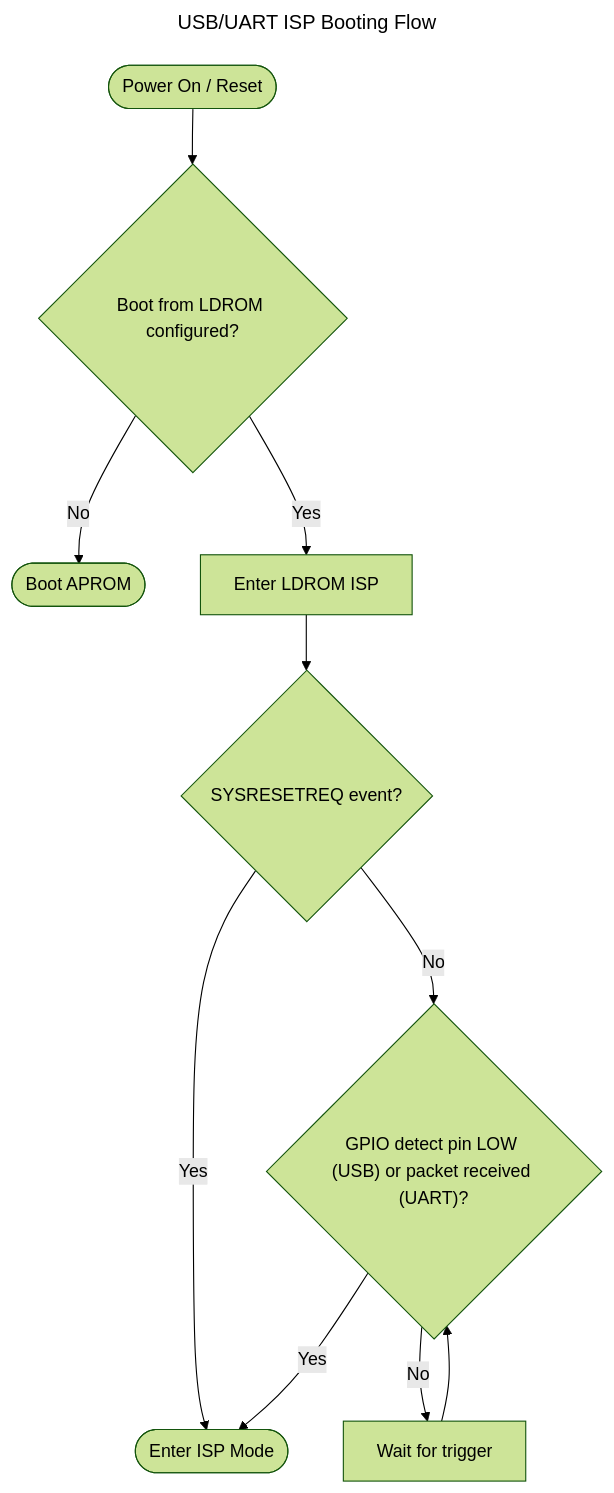
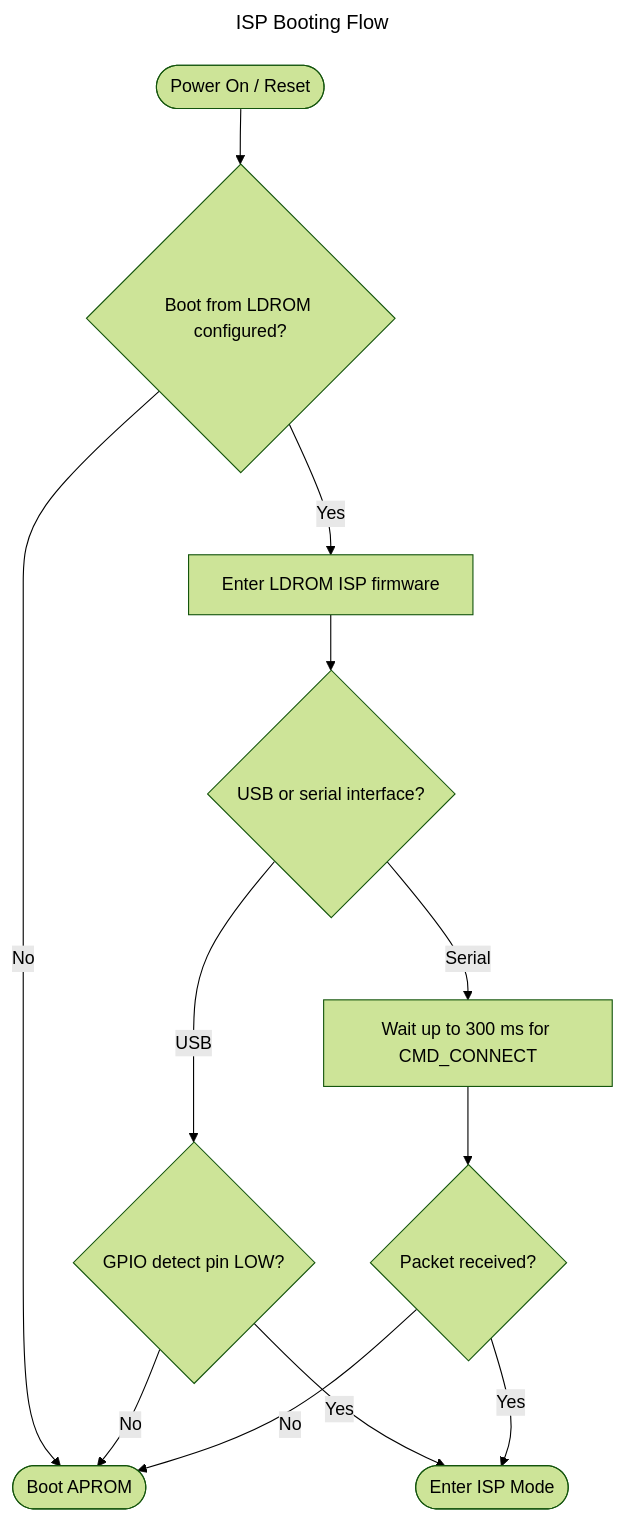
The fifth of 6 diagrams in Documents/NuMicro_ISP_Programming_Guide/NuMicro_ISP_Programming_Guide.md (ccma1120/ISPTool), drawn with Mermaid (forest theme) before and after one commit. The commit also changed other lines of this file, not shown here.

````diff
--- a/Documents/NuMicro_ISP_Programming_Guide/NuMicro_ISP_Programming_Guide.md
+++ b/Documents/NuMicro_ISP_Programming_Guide/NuMicro_ISP_Programming_Guide.md
@@ -661,15 +657,17 @@
 ```mermaid
 ---
-title: "USB/UART ISP Booting Flow"
+title: "ISP Booting Flow"
 ---
 flowchart TD
     A([Power On / Reset]) --> B{"Boot from LDROM configured?"}
     B -- No --> C([Boot APROM])
-    B -- Yes --> D["Enter LDROM ISP"]
-    D --> E{"SYSRESETREQ event?"}
-    E -- Yes --> F([Enter ISP Mode])
-    E -- No --> G{"GPIO detect pin LOW (USB) or packet received (UART)?"}
-    G -- Yes --> F
-    G -- No --> H["Wait for trigger"]
-    H --> G
+    B -- Yes --> D["Enter LDROM ISP firmware"]
+    D --> E{"USB or serial interface?"}
+    E -- USB --> F{"GPIO detect pin LOW?"}
+    F -- Yes --> I([Enter ISP Mode])
+    F -- No --> C
+    E -- Serial --> G["Wait up to 300 ms for CMD_CONNECT"]
+    G --> H{"Packet received?"}
+    H -- Yes --> I
+    H -- No --> C
 ```
````
